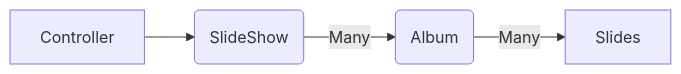
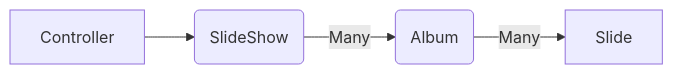
One commit to normanlorrain/magic-lantern changed the diagram in docs/design.md. Above: the diagram before and after it, drawn with Mermaid.

Commit message:
fine tuning

````diff
--- a/docs/design.md
+++ b/docs/design.md
@@ -7,6 +7,6 @@
 ```mermaid
 graph LR
 A[Controller] -->B(SlideShow)
 B -->| Many |C(Album)
-    C -->|Many| D[Slides]
+    C -->|Many| D[Slide]
 ```
````
